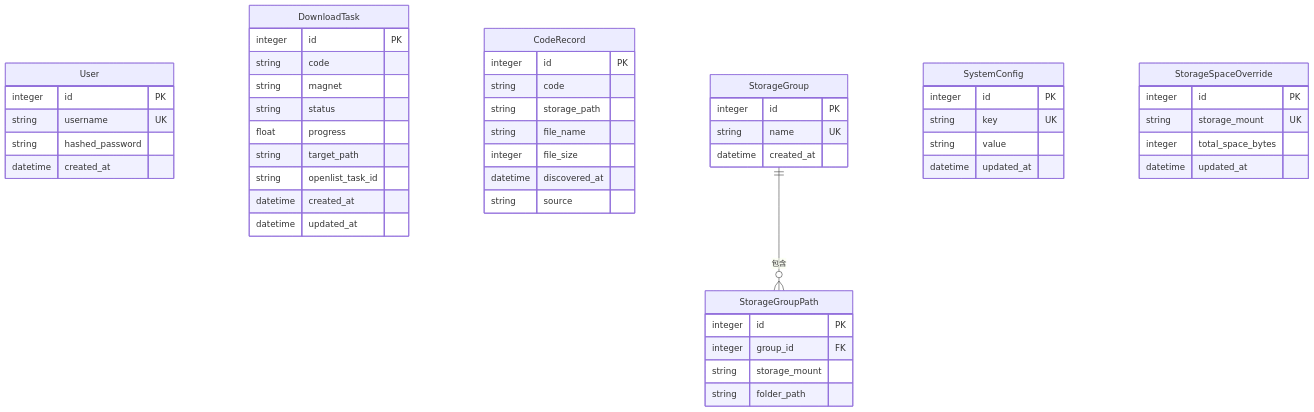
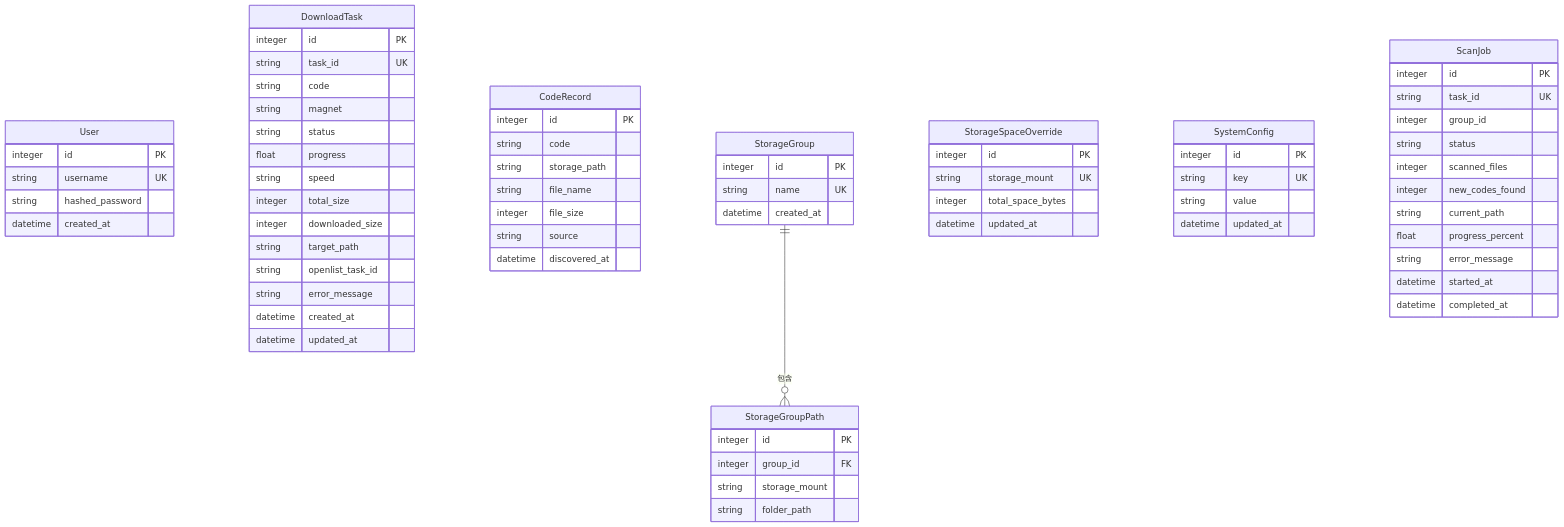
The third of 3 diagrams in docs/dev/architecture.md (TheWuSi/Kuroko), drawn with Mermaid before and after one commit. The commit also changed other lines of this file and 60 other files, not shown here.

````diff
--- a/docs/dev/architecture.md
+++ b/docs/dev/architecture.md
@@ -255,60 +156,79 @@
 ```mermaid
 erDiagram
     User {
         integer id PK
         string username UK
         string hashed_password
         datetime created_at
     }
 
     DownloadTask {
         integer id PK
+        string task_id UK
         string code
         string magnet
         string status
         float progress
+        string speed
+        integer total_size
+        integer downloaded_size
         string target_path
         string openlist_task_id
+        string error_message
         datetime created_at
         datetime updated_at
     }
 
     CodeRecord {
         integer id PK
         string code
         string storage_path
         string file_name
         integer file_size
+        string source
         datetime discovered_at
-        string source
     }
 
     StorageGroup {
         integer id PK
         string name UK
         datetime created_at
     }
 
     StorageGroupPath {
         integer id PK
         integer group_id FK
         string storage_mount
         string folder_path
     }
 
+    StorageSpaceOverride {
+        integer id PK
+        string storage_mount UK
+        integer total_space_bytes
+        datetime updated_at
+    }
+
     SystemConfig {
         integer id PK
         string key UK
         string value
         datetime updated_at
     }
 
-    StorageSpaceOverride {
+    ScanJob {
         integer id PK
-        string storage_mount UK
-        integer total_space_bytes
-        datetime updated_at
+        string task_id UK
+        integer group_id
+        string status
+        integer scanned_files
+        integer new_codes_found
+        string current_path
+        float progress_percent
+        string error_message
+        datetime started_at
+        datetime completed_at
     }
 
     StorageGroup ||--o{ StorageGroupPath : "包含"
 ```
````
